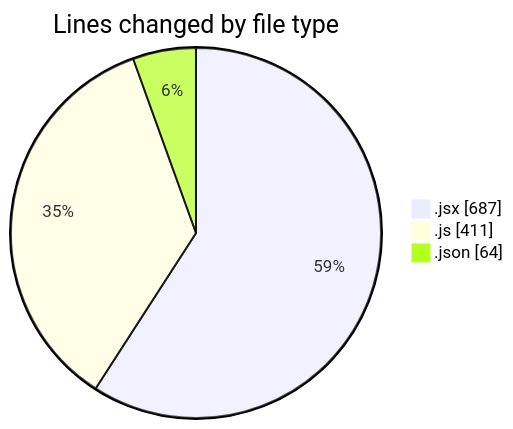
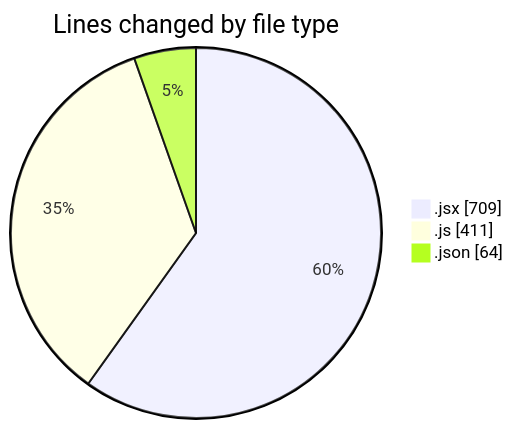
Before and after one commit to nxtqubesakshisongat/code-tracking: the first of 2 diagrams in 2025-11-05/nxtqube_webapp/README.md, drawn with Mermaid. The commit also changed other lines of this file and 1 other file, not shown here.

````diff
--- a/2025-11-05/nxtqube_webapp/README.md
+++ b/2025-11-05/nxtqube_webapp/README.md
@@ -26,7 +26,7 @@
 ```mermaid
 pie showData
 title Lines changed by file type
-".jsx" : 687
+".jsx" : 709
 ".js" : 411
 ".json" : 64
 ```
````
